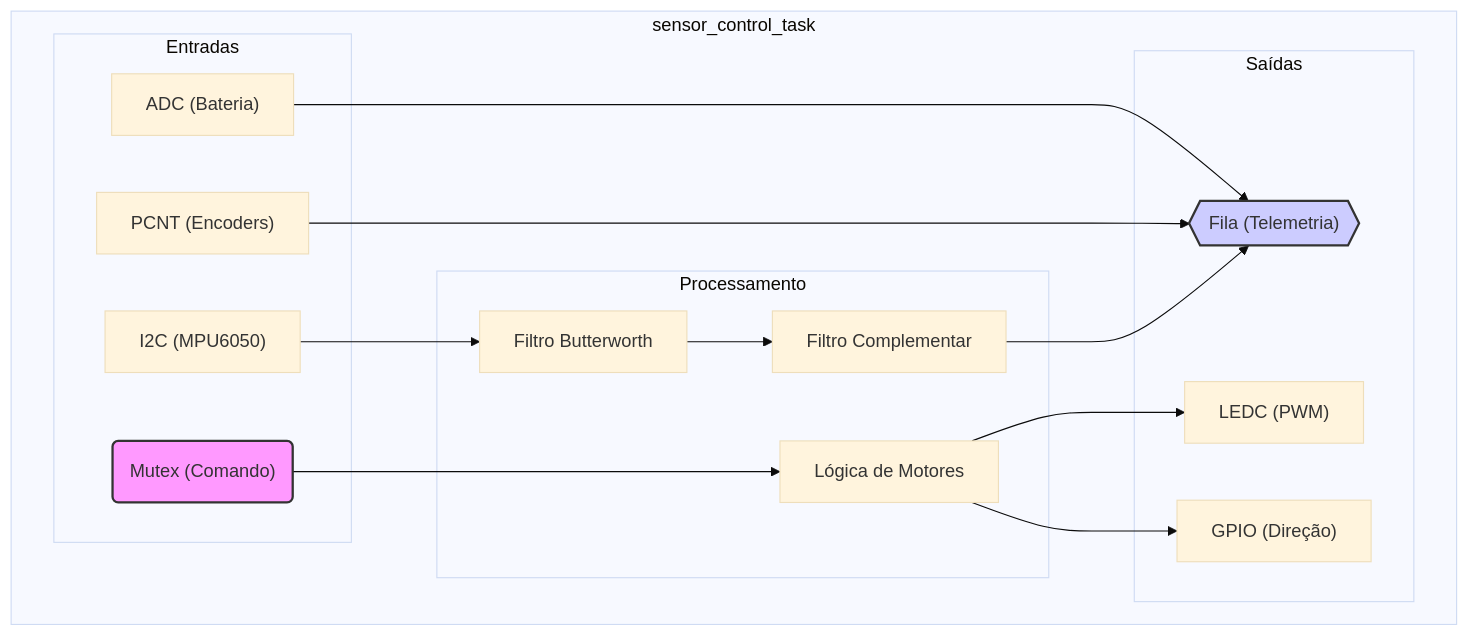
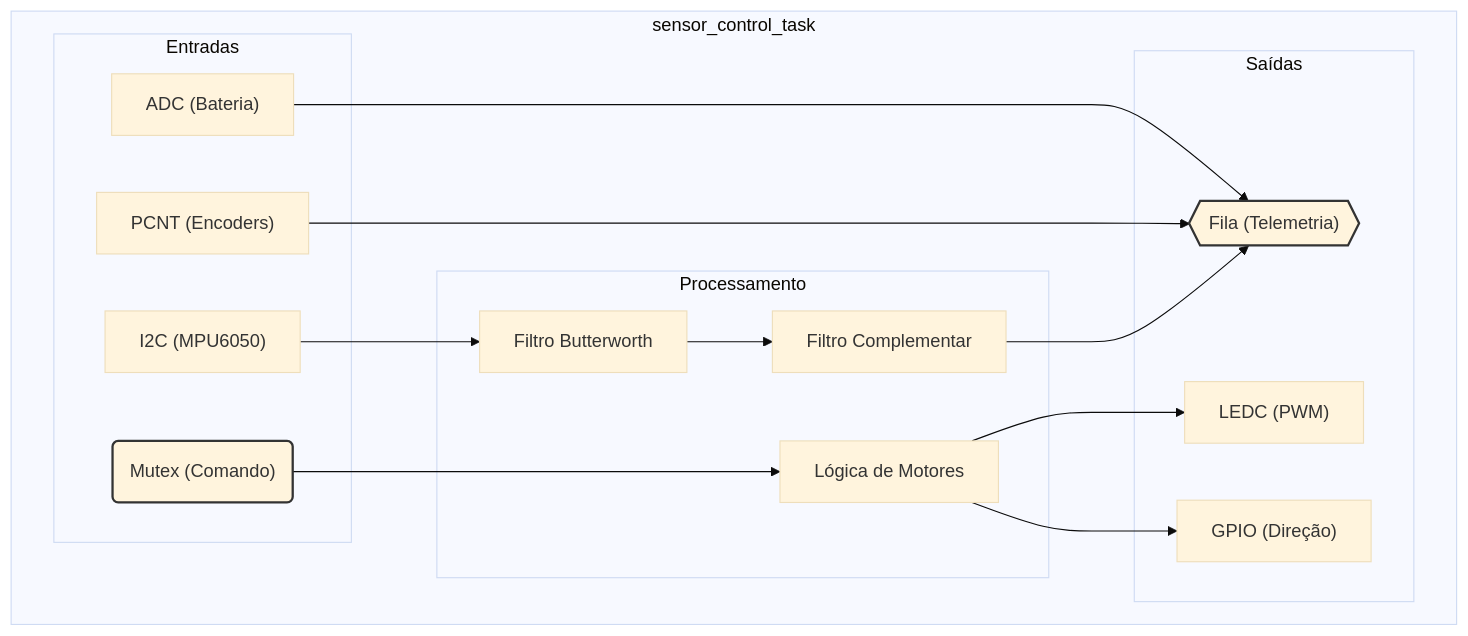
The second of 3 diagrams in esp32_firmware/README.md (Nyfeu/Tatu-Bomba), drawn with Mermaid (base theme) before and after one commit. The commit also changed other lines of this file, not shown here.

````diff
--- a/esp32_firmware/README.md
+++ b/esp32_firmware/README.md
@@ -50,33 +50,33 @@
 ```mermaid
 graph TD
     subgraph "sensor_control_task"
         direction LR
         
         subgraph "Entradas"
             In_I2C["I2C (MPU6050)"]
             In_PCNT["PCNT (Encoders)"]
             In_ADC["ADC (Bateria)"]
             In_Mutex("Mutex (Comando)")
         end
 
         subgraph "Processamento"
             Butterworth["Filtro Butterworth"]
             Complementar["Filtro Complementar"]
             MotorLogic["Lógica de Motores"]
         end
         
         subgraph "Saídas"
             Out_Queue{{"Fila (Telemetria)"}}
             Out_LEDC["LEDC (PWM)"]
             Out_GPIO["GPIO (Direção)"]
         end
         
         In_I2C --> Butterworth --> Complementar --> Out_Queue
         In_PCNT --> Out_Queue
         In_ADC --> Out_Queue
         In_Mutex --> MotorLogic --> Out_LEDC & Out_GPIO
     end
     
-    style In_Mutex fill:#f9f,stroke:#333,stroke-width:2px
-    style Out_Queue fill:#ccf,stroke:#333,stroke-width:2px
+    style In_Mutex stroke:#333,stroke-width:2px
+    style Out_Queue stroke:#333,stroke-width:2px
 ```
````
